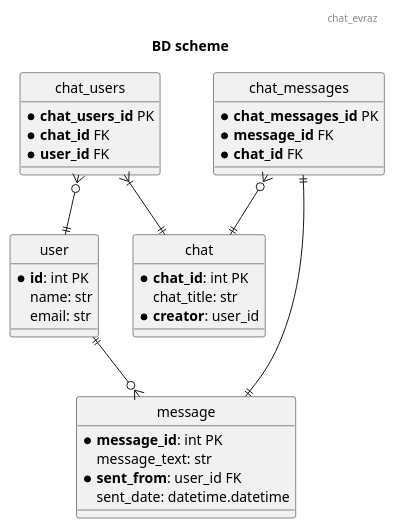
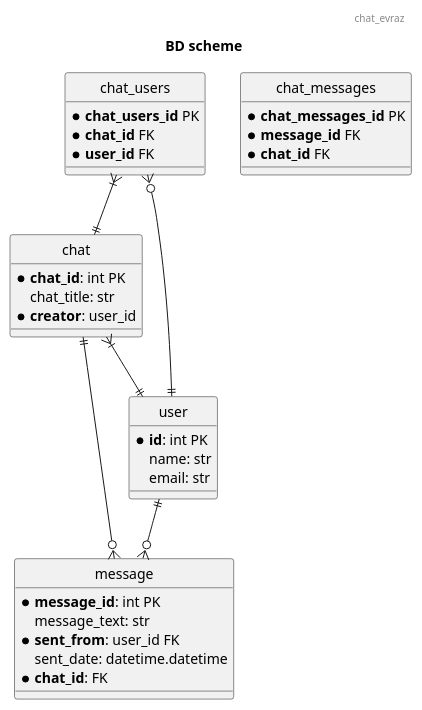
One commit to RewCrew/pet_project_simple_chat changed the diagram in project_for_evraz/docs/db_scheme.puml. Above: the diagram before and after it, drawn with PlantUML. The commit also changed 4 other files, not shown here.

```diff
--- a/project_for_evraz/docs/db_scheme.puml
+++ b/project_for_evraz/docs/db_scheme.puml
@@ -1,50 +1,52 @@
 @startuml
 header  chat_evraz
 title BD scheme
 
 hide circle
 
 
 
 
 entity message {
     * **message_id**: int PK
     message_text: str
     * **sent_from**: user_id FK
     sent_date: datetime.datetime
+    * **chat_id**: FK
     }
 
 entity chat {
     * **chat_id**: int PK
     chat_title: str
     * **creator**: user_id
 
 }
 
 entity user {
     * **id**: int PK
      name: str
      email: str
 }
 
 entity chat_messages{
     * **chat_messages_id** PK
     * **message_id** FK
     * **chat_id** FK
 }
 
 entity chat_users{
     * **chat_users_id** PK
     * **chat_id** FK
     * **user_id** FK
 }
 
-chat_messages ||--|| message
-chat_messages }o--|| chat
+'chat_messages ||--|| message
+'chat_messages }o--|| chat
 
 chat_users }o--|| user
 chat_users }|--|| chat
 user ||--o{ message
+user ||-u-|{ chat
 
-
+chat ||--o{ message
 @enduml
```
